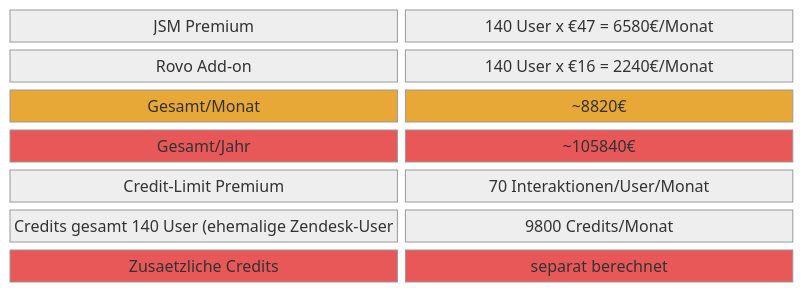
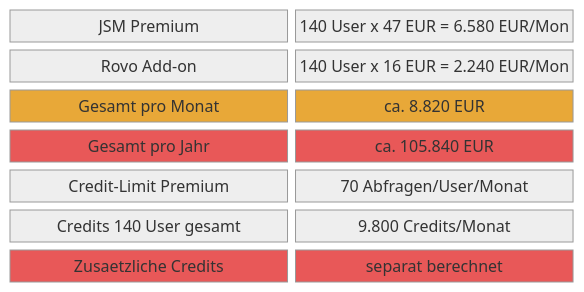
Before and after one commit to tekknix/zendesk-ai: the tenth of 11 diagrams in readme.md, drawn with Mermaid (neutral theme). The commit also changed other lines of this file, not shown here.

````diff
--- a/readme.md
+++ b/readme.md
@@ -221,18 +243,18 @@
 ```mermaid
 block-beta
     columns 2
-    A["JSM Premium"]:1 B["140 User x €47 = 6580€/Monat"]:1
-    C["Rovo Add-on"]:1 D["140 User x €16 = 2240€/Monat"]:1
-    E["Gesamt/Monat"]:1 F["~8820€"]:1
-    G["Gesamt/Jahr"]:1 H["~105840€"]:1
-    I["Credit-Limit Premium"]:1 J["70 Interaktionen/User/Monat"]:1
-    K["Credits gesamt 140 User (ehemalige Zendesk-User"]:1 L["9800 Credits/Monat"]:1
+    A["JSM Premium"]:1 B["140 User x 47 EUR = 6.580 EUR/Mon"]:1
+    C["Rovo Add-on"]:1 D["140 User x 16 EUR = 2.240 EUR/Mon"]:1
+    E["Gesamt pro Monat"]:1 F["ca. 8.820 EUR"]:1
+    G["Gesamt pro Jahr"]:1 H["ca. 105.840 EUR"]:1
+    I["Credit-Limit Premium"]:1 J["70 Abfragen/User/Monat"]:1
+    K["Credits 140 User gesamt"]:1 L["9.800 Credits/Monat"]:1
     M["Zusaetzliche Credits"]:1 N["separat berechnet"]:1
 
     style E fill:#E8A838,color:#333
     style F fill:#E8A838,color:#333
     style G fill:#E85858,color:#fff
     style H fill:#E85858,color:#fff
     style M fill:#E85858,color:#fff
     style N fill:#E85858,color:#fff
 ```
````
